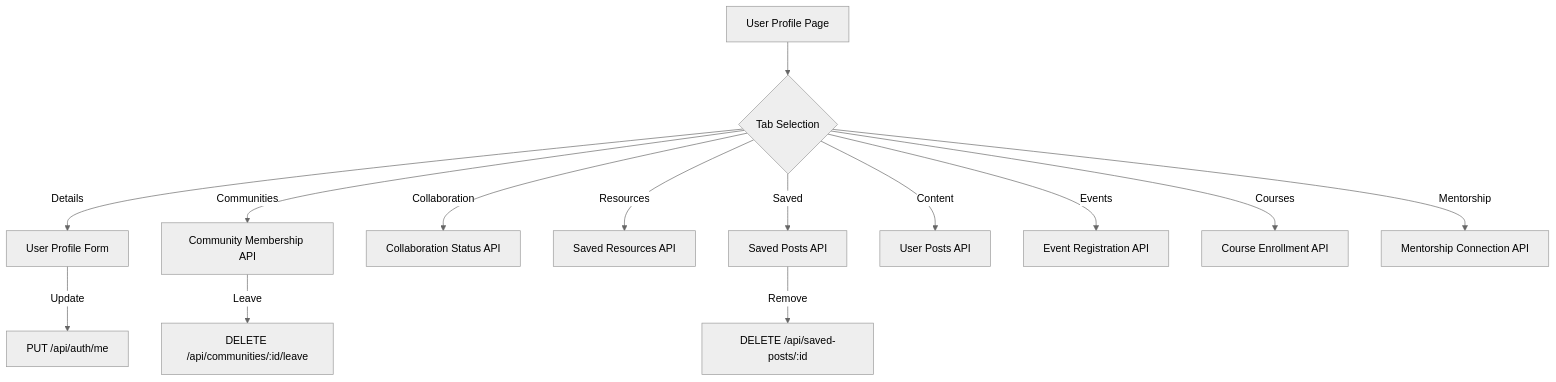
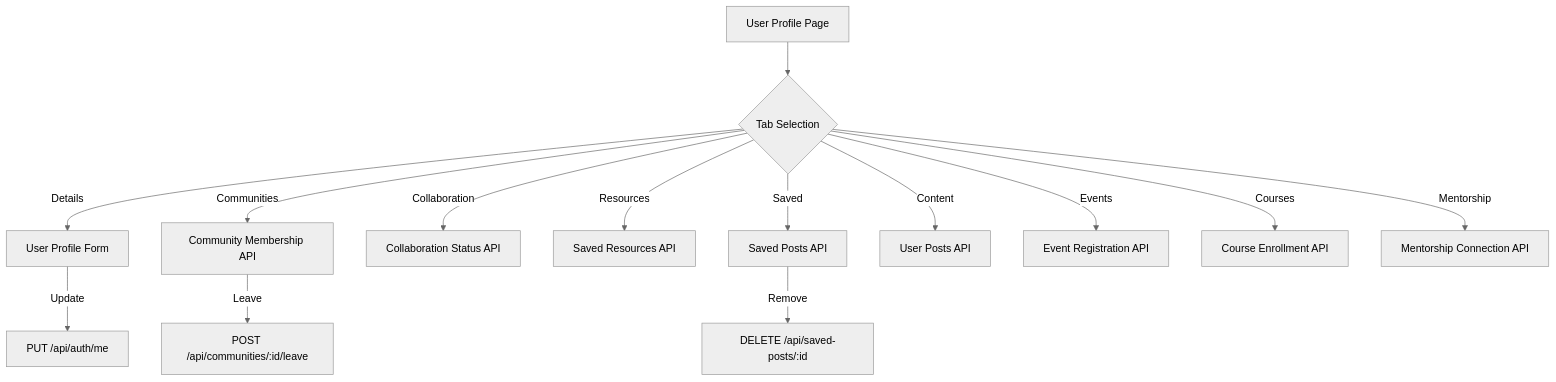
Before and after one commit to akvo/science-for-africa: the diagram in docs/INDIVIDUAL_PROFILE.md, drawn with Mermaid (neutral theme). The commit also changed other lines of this file and 56 other files, not shown here.

````diff
--- a/docs/INDIVIDUAL_PROFILE.md
+++ b/docs/INDIVIDUAL_PROFILE.md
@@ -31,17 +32,17 @@
 ```mermaid
 graph TD
     A[User Profile Page] --> B{Tab Selection}
     B -->|Details| C[User Profile Form]
     B -->|Communities| D[Community Membership API]
     B -->|Collaboration| E[Collaboration Status API]
     B -->|Resources| F[Saved Resources API]
     B -->|Saved| G[Saved Posts API]
     B -->|Content| H[User Posts API]
     B -->|Events| I[Event Registration API]
     B -->|Courses| J[Course Enrollment API]
     B -->|Mentorship| K[Mentorship Connection API]
 
     C -->|Update| L[PUT /api/auth/me]
-    D -->|Leave| M[DELETE /api/communities/:id/leave]
+    D -->|Leave| M[POST /api/communities/:id/leave]
     G -->|Remove| N[DELETE /api/saved-posts/:id]
 ```
````
